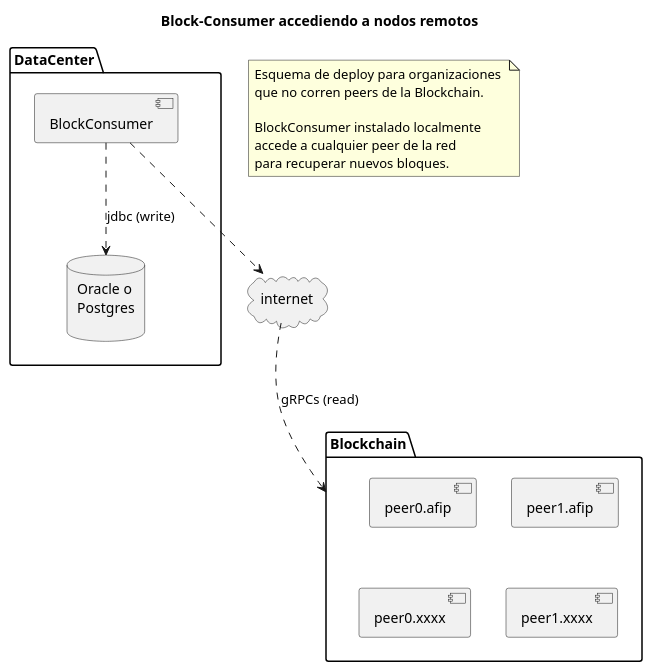
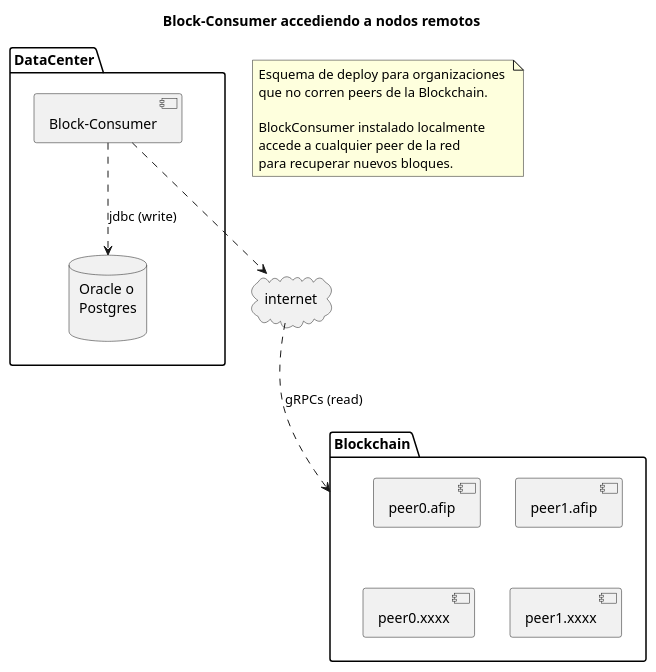
Before and after one commit to padfed/padfed-doc: the diagram in applications/block-consumer/images/deploy-accediendo-a-nodos-remotos.plantuml, drawn with PlantUML. The commit also changed 8 other files, not shown here.

```diff
--- a/applications/block-consumer/images/deploy-accediendo-a-nodos-remotos.plantuml
+++ b/applications/block-consumer/images/deploy-accediendo-a-nodos-remotos.plantuml
@@ -1,34 +1,34 @@
 @startuml deploy-accediendo-a-nodos-remotos
 
 title Block-Consumer accediendo a nodos remotos
 
 note as N1
 Esquema de deploy para organizaciones 
 que no corren peers de la Blockchain.
 
 BlockConsumer instalado localmente
 accede a cualquier peer de la red 
 para recuperar nuevos bloques.
 end note
 
 package Blockchain {
     [peer0.afip]
     [peer1.afip]
     [peer0.xxxx]
     [peer1.xxxx]
 } 
 
 package DataCenter {
-    component [BlockConsumer] 
+    component [Block-Consumer] as BlockConsumer 
     database "Oracle o\nPostgres\n" as db 
 } 
 
 cloud internet
 
 BlockConsumer ..> internet 
 BlockConsumer ..> db : jdbc (write)
 internet ..> Blockchain : gRPCs (read)
 
 Blockchain -[hidden]left- DataCenter
 
 @enduml
```
